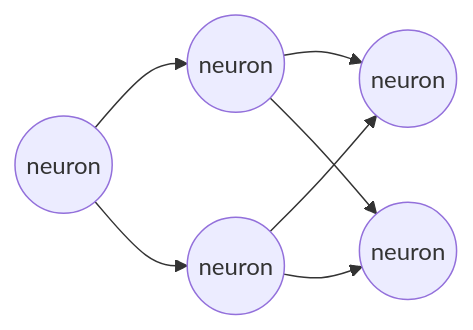
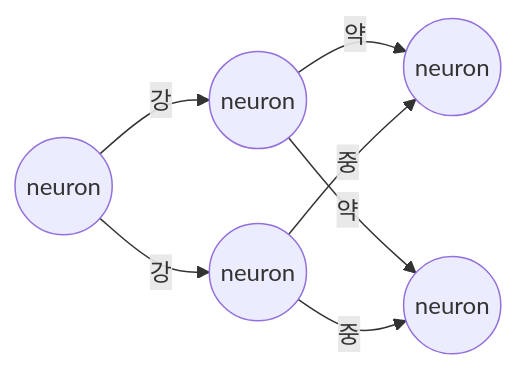
Before and after one commit to EumMericano-Study/TIL: the diagram in AI/인공 신경망.md, drawn with Mermaid. The commit also changed other lines of this file, not shown here.

````diff
--- a/AI/인공 신경망.md
+++ b/AI/인공 신경망.md
@@ -36,9 +36,9 @@
 ```mermaid
 graph LR
-A((neuron)) --> B((neuron))
-A --> C((neuron))
-B --> D((neuron))
-C --> D
-C --> E((neuron))
-B --> E
+A((neuron)) -- 강 --> B((neuron))
+A -- 강--> C((neuron))
+B -- 약 --> D((neuron))
+B -- 약--> E
+C -- 중 --> D
+C -- 중 --> E((neuron))
 ```
````
